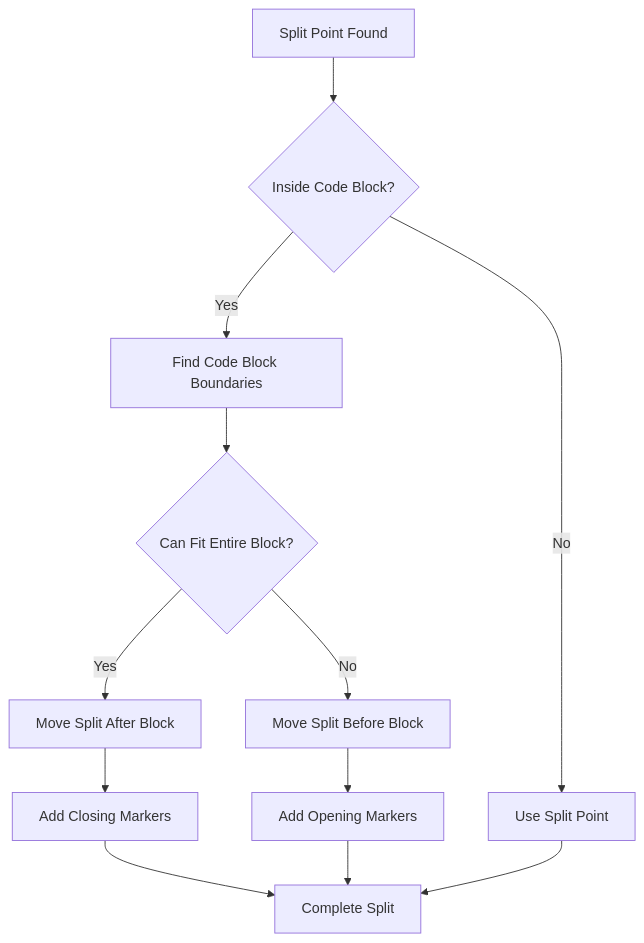
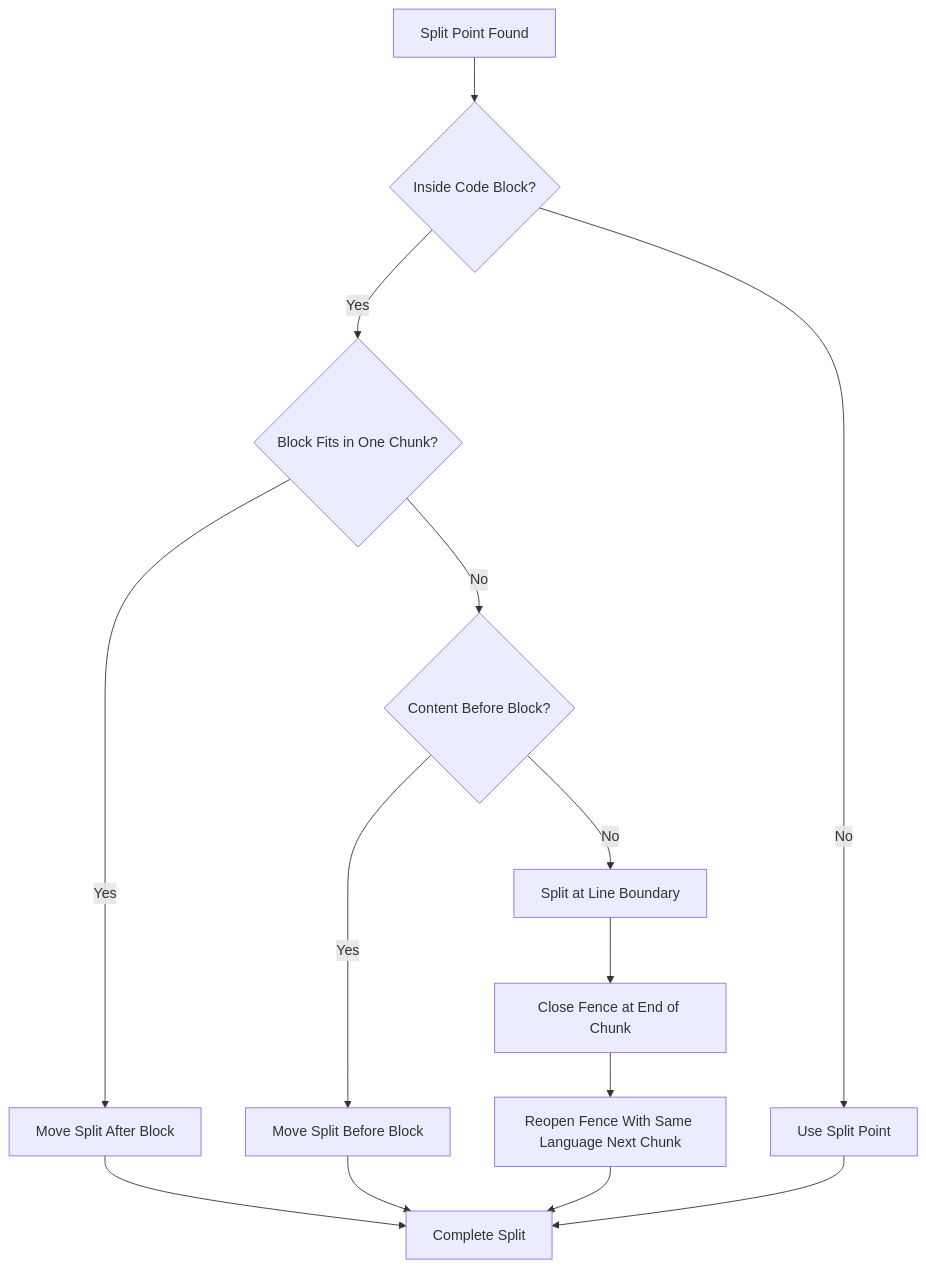
One commit to johndotpub/DiscordianAI changed the second of 4 diagrams in docs/MessageSplitting.md. Above: the diagram before and after it, drawn with Mermaid. The commit also changed other lines of this file and 7 other files, not shown here.

````diff
--- a/docs/MessageSplitting.md
+++ b/docs/MessageSplitting.md
@@ -83,17 +90,19 @@
 ```mermaid
 flowchart TD
     A[Split Point Found] --> B{Inside Code Block?}
     B -->|No| C[Use Split Point]
-    B -->|Yes| D[Find Code Block Boundaries]
-    
-    D --> E{Can Fit Entire Block?}
-    E -->|Yes| F[Move Split After Block]
-    E -->|No| G[Move Split Before Block]
-    
-    F --> H[Add Closing Markers]
-    G --> I[Add Opening Markers]
-    
-    H --> J[Complete Split]
-    I --> J
-    C --> J
+    B -->|Yes| D{Block Fits in One Chunk?}
+
+    D -->|Yes| E[Move Split After Block]
+    D -->|No| F{Content Before Block?}
+    F -->|Yes| G[Move Split Before Block]
+    F -->|No| H[Split at Line Boundary]
+
+    H --> I[Close Fence at End of Chunk]
+    I --> J[Reopen Fence With Same Language Next Chunk]
+
+    E --> K[Complete Split]
+    G --> K
+    J --> K
+    C --> K
 ```
````
